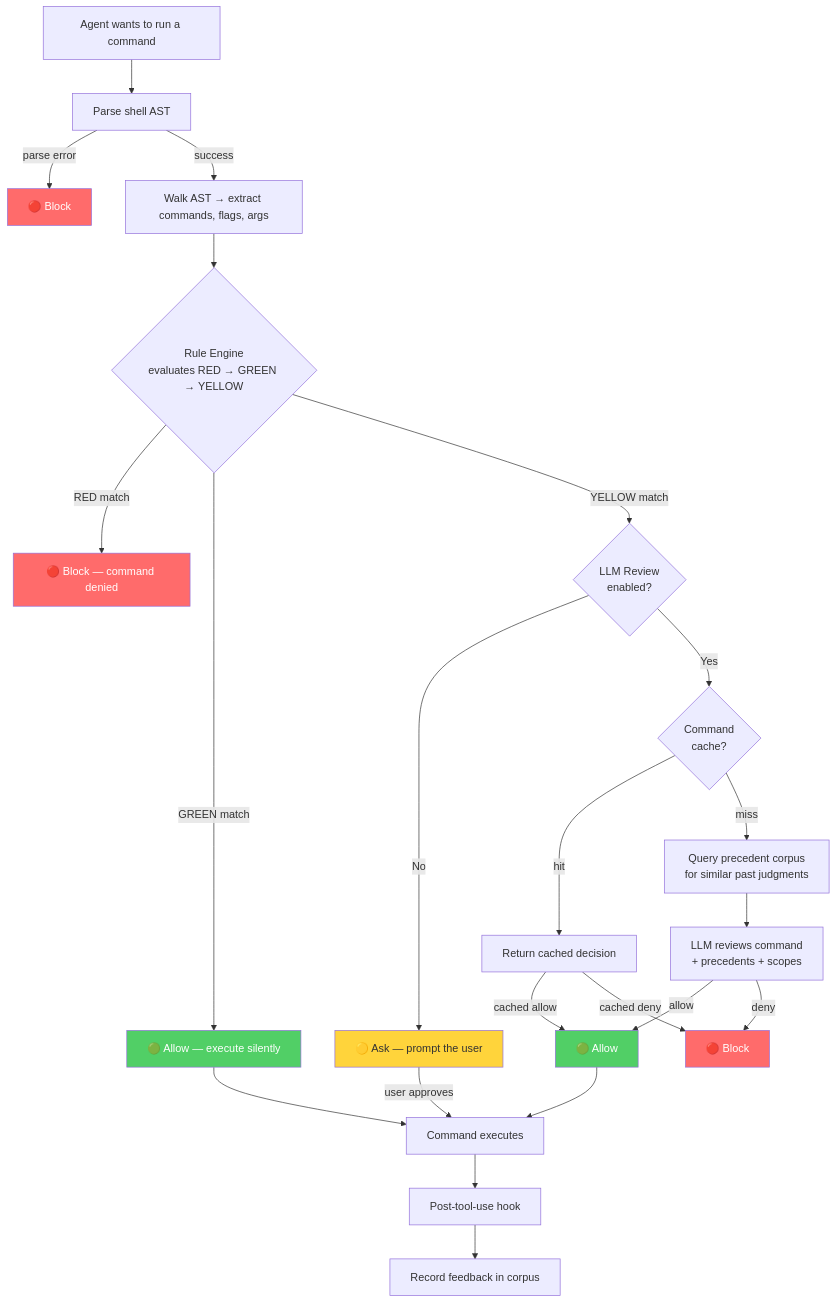
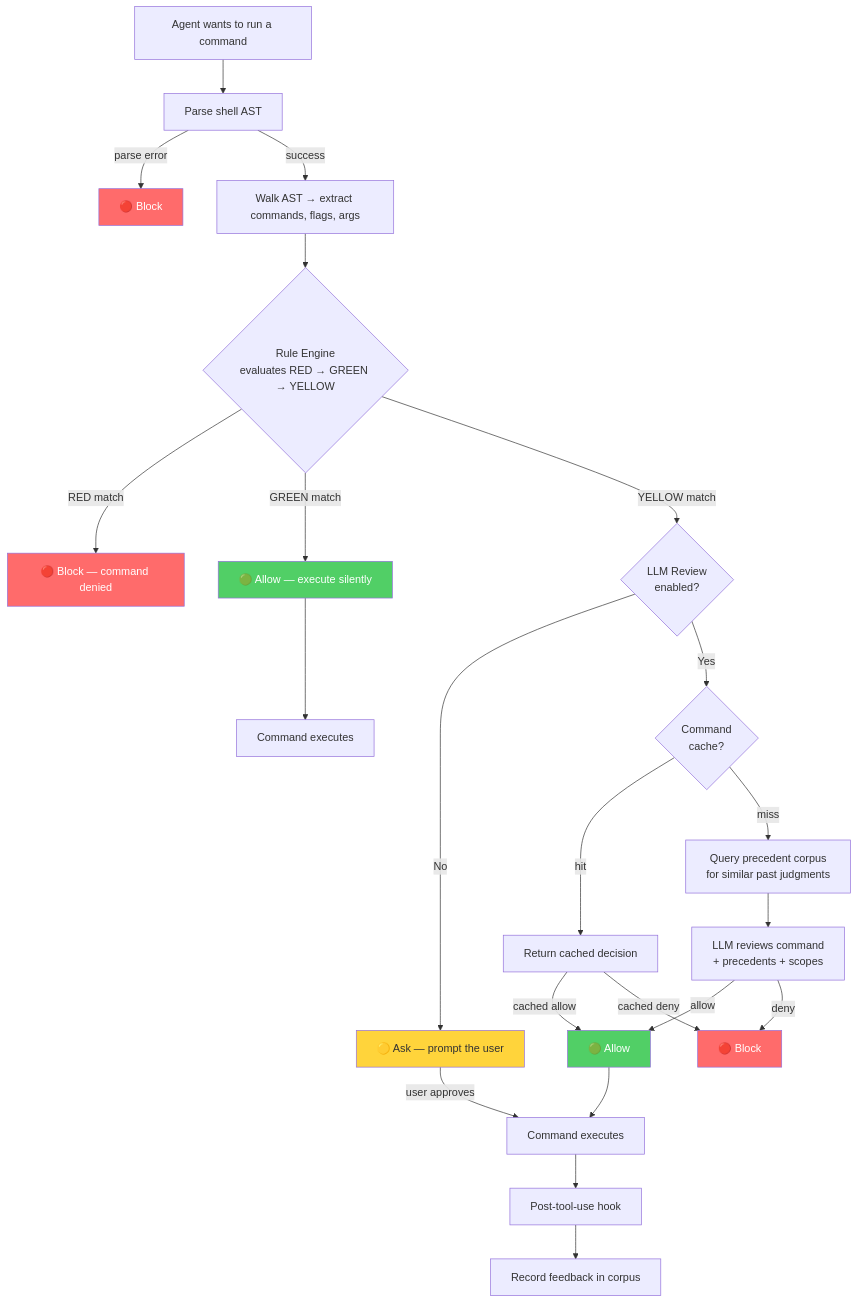
Before and after one commit to perezd/stargate: the diagram in README.md, drawn with Mermaid.

Commit message:
fix: diagram shows feedback loop only for YELLOW path (not GREEN)

````diff
--- a/README.md
+++ b/README.md
@@ -9,32 +9,32 @@
 ```mermaid
 flowchart TD
     A[Agent wants to run a command] --> B[Parse shell AST]
     B -->|parse error| E1[🔴 Block]
     B -->|success| C[Walk AST → extract commands, flags, args]
     C --> D{Rule Engine\nevaluates RED → GREEN → YELLOW}
     D -->|RED match| E2[🔴 Block — command denied]
     D -->|GREEN match| F[🟢 Allow — execute silently]
     D -->|YELLOW match| G{LLM Review\nenabled?}
     G -->|No| H[🟡 Ask — prompt the user]
     G -->|Yes| CA{Command\ncache?}
     CA -->|hit| CC[Return cached decision]
     CA -->|miss| I[Query precedent corpus\nfor similar past judgments]
     I --> J[LLM reviews command\n+ precedents + scopes]
     J -->|allow| K[🟢 Allow]
     J -->|deny| L[🔴 Block]
     CC -->|cached allow| K
     CC -->|cached deny| L
 
-    F --> M[Command executes]
-    K --> M
-    H -->|user approves| M
-    M --> N[Post-tool-use hook]
+    F --> X[Command executes]
+    K --> Y[Command executes]
+    H -->|user approves| Y
+    Y --> N[Post-tool-use hook]
     N --> O[Record feedback in corpus]
 
     style E1 fill:#ff6b6b,color:#fff
     style E2 fill:#ff6b6b,color:#fff
     style L fill:#ff6b6b,color:#fff
     style F fill:#51cf66,color:#fff
     style K fill:#51cf66,color:#fff
     style H fill:#ffd43b,color:#333
 ```
````
